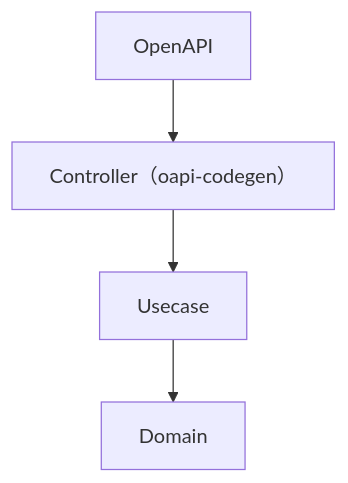
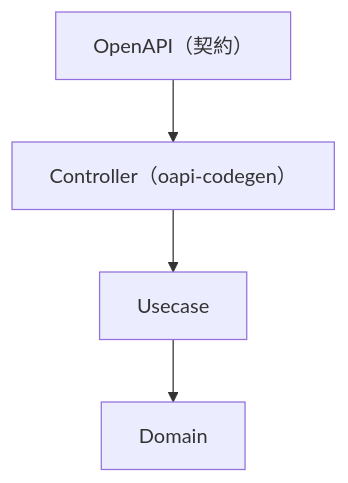
One commit to Tomy-ch/go-boilerplate changed the diagram in openapi/README.ja.md. Above: the diagram before and after it, drawn with Mermaid. The commit also changed other lines of this file and 12 other files, not shown here.

````diff
--- a/openapi/README.ja.md
+++ b/openapi/README.ja.md
@@ -144,4 +48,4 @@
 ```mermaid
 flowchart TB
-    OpenAPI --> Controller["Controller（oapi-codegen）"] --> Usecase --> Domain
+    OpenAPI["OpenAPI（契約）"] --> Controller["Controller（oapi-codegen）"] --> Usecase --> Domain
 ```
````
